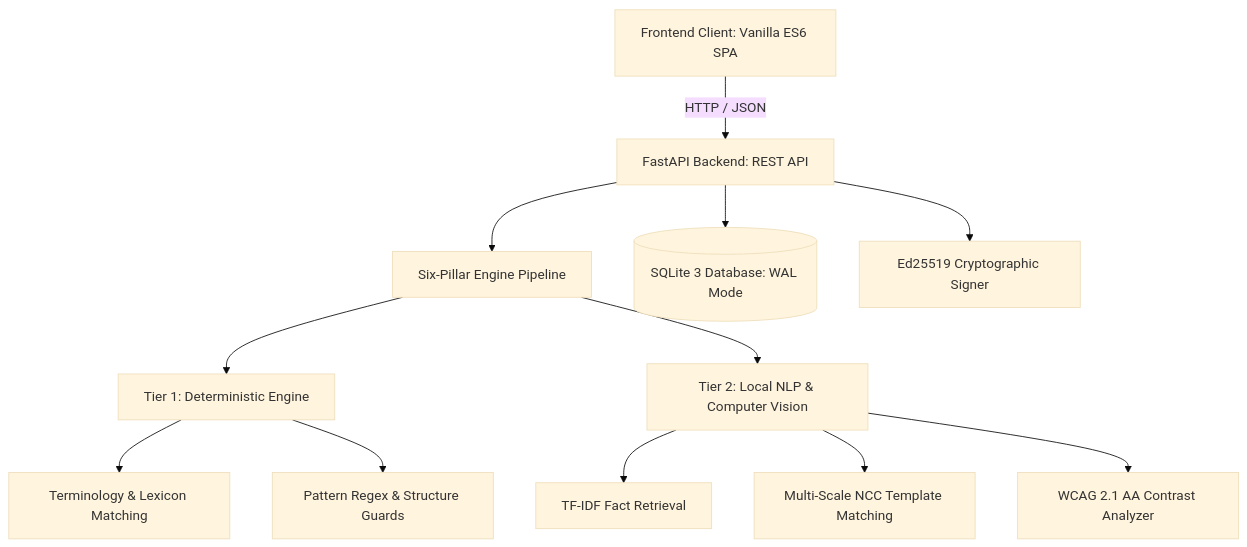
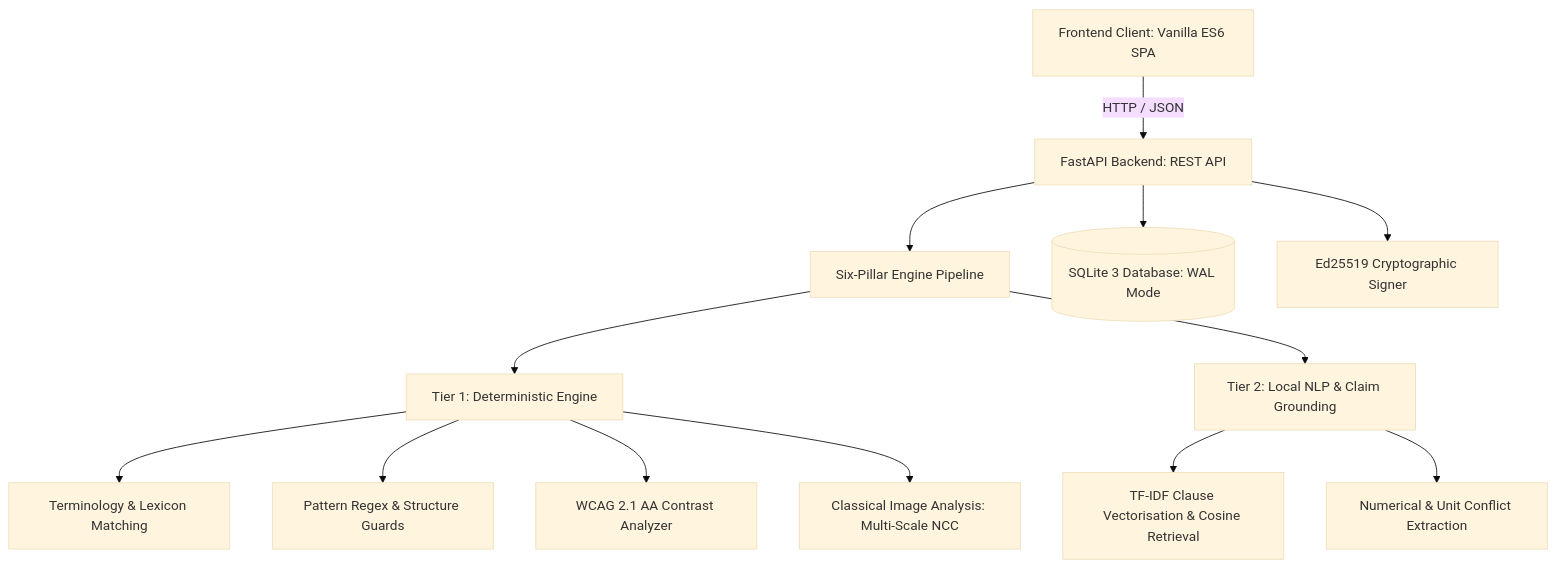
The diagram in docs/ARCHITECTURE.md (isaacincognito007-cloud/Inkloom-artLoomShield), drawn with Mermaid (base theme) before and after one commit. The commit also changed other lines of this file and 18 other files, not shown here.

````diff
--- a/docs/ARCHITECTURE.md
+++ b/docs/ARCHITECTURE.md
@@ -11,14 +11,15 @@
 ```mermaid
 graph TD
     UI[Frontend Client: Vanilla ES6 SPA] -->|HTTP / JSON| API[FastAPI Backend: REST API]
     API --> PIPELINE[Six-Pillar Engine Pipeline]
     PIPELINE --> T1[Tier 1: Deterministic Engine]
-    PIPELINE --> T2[Tier 2: Local NLP & Computer Vision]
+    PIPELINE --> T2[Tier 2: Local NLP & Claim Grounding]
     T1 --> LEX[Terminology & Lexicon Matching]
     T1 --> REG[Pattern Regex & Structure Guards]
-    T2 --> TFIDF[TF-IDF Fact Retrieval]
-    T2 --> NCC[Multi-Scale NCC Template Matching]
-    T2 --> A11Y[WCAG 2.1 AA Contrast Analyzer]
+    T1 --> A11Y[WCAG 2.1 AA Contrast Analyzer]
+    T1 --> NCC[Classical Image Analysis: Multi-Scale NCC]
+    T2 --> TFIDF[TF-IDF Clause Vectorisation & Cosine Retrieval]
+    T2 --> NUM[Numerical & Unit Conflict Extraction]
     API --> DB[(SQLite 3 Database: WAL Mode)]
     API --> CRYPTO[Ed25519 Cryptographic Signer]
 ```
````
